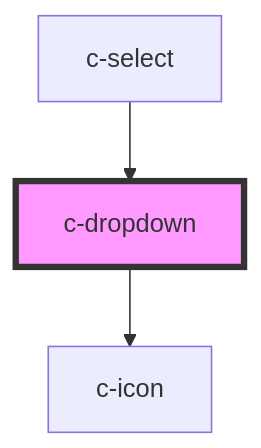
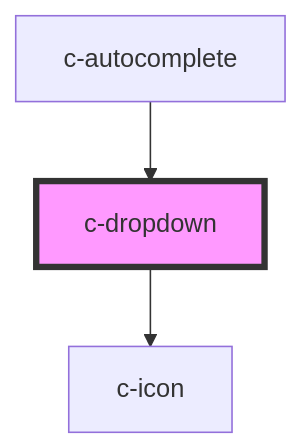
The diagram in packages/csc-ui/src/components/c-dropdown/readme.md (CSCfi/ui), drawn with Mermaid before and after one commit. The commit also changed other lines of this file and 67 other files, not shown here.

````diff
--- a/packages/csc-ui/src/components/c-dropdown/readme.md
+++ b/packages/csc-ui/src/components/c-dropdown/readme.md
@@ -78,6 +113,6 @@
 ```mermaid
 graph TD;
   c-dropdown --> c-icon
-  c-select --> c-dropdown
+  c-autocomplete --> c-dropdown
   style c-dropdown fill:#f9f,stroke:#333,stroke-width:4px
 ```
````
